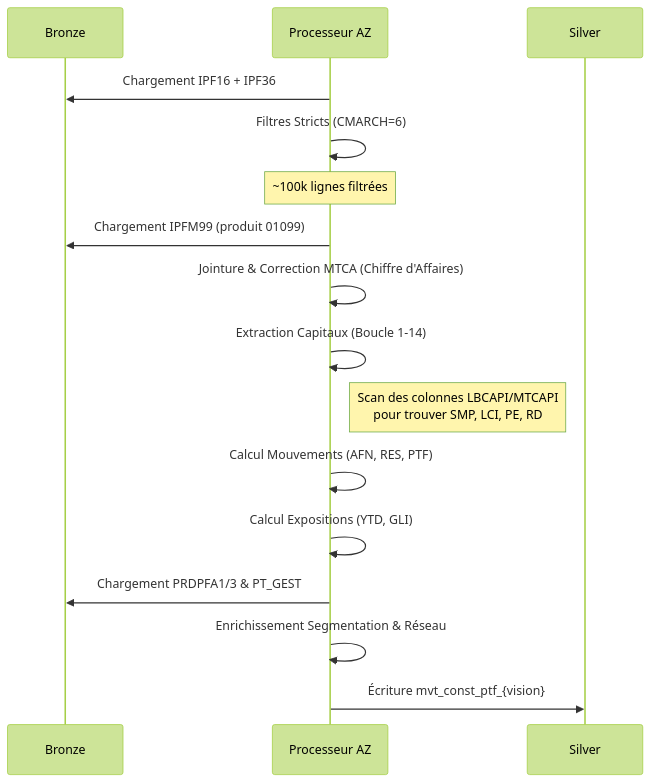
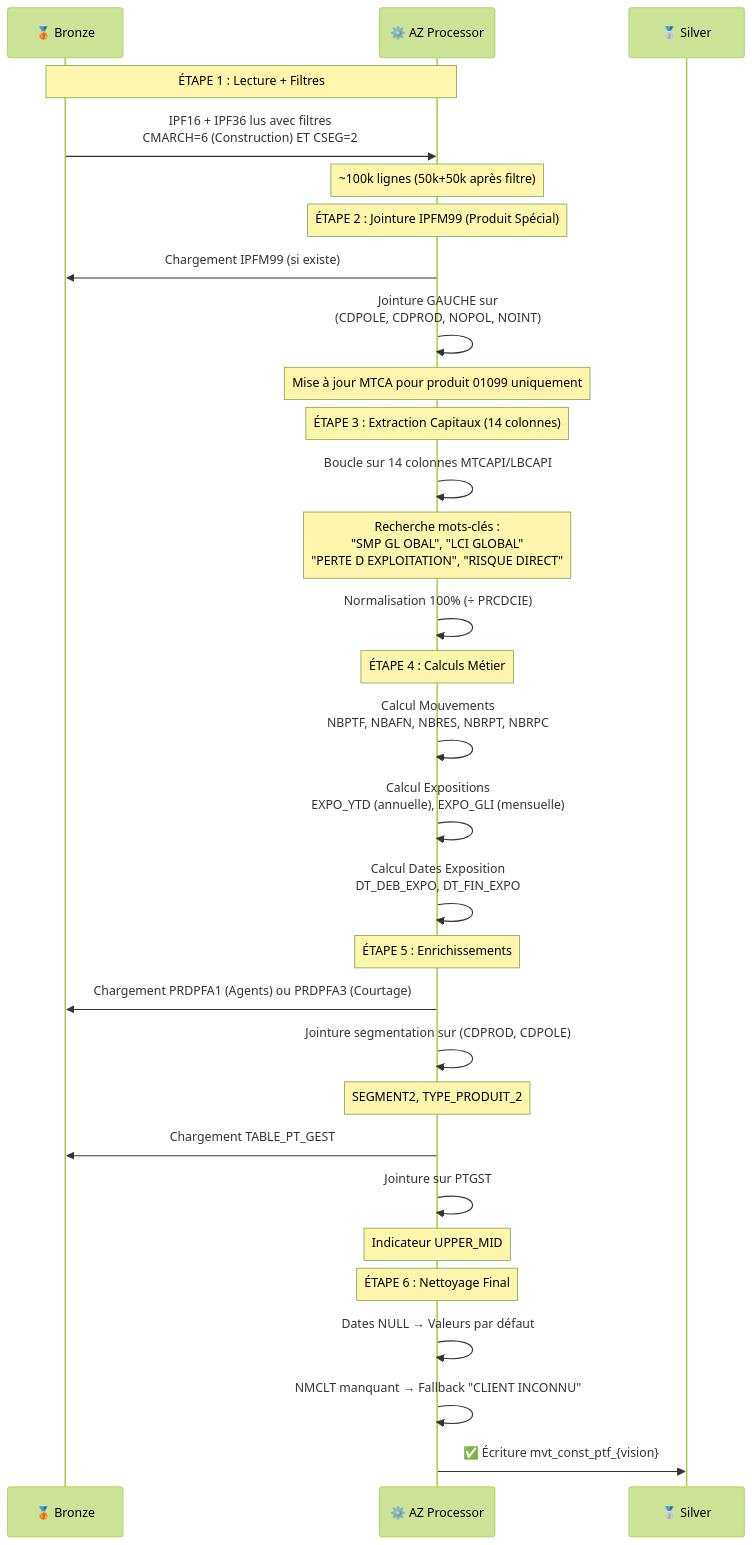
Before and after one commit to EngineerProjects/LocalIngest: the second of 5 diagrams in code/new_python/docs/workflows/ptf_mvt_workflow.md, drawn with Mermaid (forest theme). The commit also changed other lines of this file and 11 other files, not shown here.

````diff
--- a/code/new_python/docs/workflows/ptf_mvt_workflow.md
+++ b/code/new_python/docs/workflows/ptf_mvt_workflow.md
@@ -65,25 +79,46 @@
 ```mermaid
 sequenceDiagram
-    participant B as Bronze
-    participant AZ as Processeur AZ
-    participant S as Silver
+    participant B as 🥉 Bronze
+    participant AZ as ⚙️ AZ Processor
+    participant S as 🥈 Silver
     
-    AZ->>B: Chargement IPF16 + IPF36
-    AZ->>AZ: Filtres Stricts (CMARCH=6)
+    Note over B,AZ: ÉTAPE 1 : Lecture + Filtres
     
-    Note over AZ: ~100k lignes filtrées
+    B->>AZ: IPF16 + IPF36 lus avec filtres<br/>CMARCH=6 (Construction) ET CSEG=2
+    Note over AZ: ~100k lignes (50k+50k après filtre)
     
-    AZ->>B: Chargement IPFM99 (produit 01099)
-    AZ->>AZ: Jointure & Correction MTCA (Chiffre d'Affaires)
+    Note over AZ: ÉTAPE 2 : Jointure IPFM99 (Produit Spécial)
     
-    AZ->>AZ: Extraction Capitaux (Boucle 1-14)
-    Note right of AZ: Scan des colonnes LBCAPI/MTCAPI<br/>pour trouver SMP, LCI, PE, RD
+    AZ->>B: Chargement IPFM99 (si existe)
+    AZ->>AZ: Jointure GAUCHE sur<br/>(CDPOLE, CDPROD, NOPOL, NOINT)
+    Note over AZ: Mise à jour MTCA pour produit 01099 uniquement
     
-    AZ->>AZ: Calcul Mouvements (AFN, RES, PTF)
-    AZ->>AZ: Calcul Expositions (YTD, GLI)
+    Note over AZ: ÉTAPE 3 : Extraction Capitaux (14 colonnes)
     
-    AZ->>B: Chargement PRDPFA1/3 & PT_GEST
-    AZ->>AZ: Enrichissement Segmentation & Réseau
+    AZ->>AZ: Boucle sur 14 colonnes MTCAPI/LBCAPI
+    Note over AZ: Recherche mots-clés :<br/>"SMP GL OBAL", "LCI GLOBAL"<br/>"PERTE D EXPLOITATION", "RISQUE DIRECT"
+    AZ->>AZ: Normalisation 100% (÷ PRCDCIE)
     
-    AZ->>S: Écriture mvt_const_ptf_{vision}
+    Note over AZ: ÉTAPE 4 : Calculs Métier
+    
+    AZ->>AZ: Calcul Mouvements<br/>NBPTF, NBAFN, NBRES, NBRPT, NBRPC
+    AZ->>AZ: Calcul Expositions<br/>EXPO_YTD (annuelle), EXPO_GLI (mensuelle)
+    AZ->>AZ: Calcul Dates Exposition<br/>DT_DEB_EXPO, DT_FIN_EXPO
+    
+    Note over AZ: ÉTAPE 5 : Enrichissements
+    
+    AZ->>B: Chargement PRDPFA1 (Agents) ou PRDPFA3 (Courtage)
+    AZ->>AZ: Jointure segmentation sur (CDPROD, CDPOLE)
+    Note over AZ: SEGMENT2, TYPE_PRODUIT_2
+    
+    AZ->>B: Chargement TABLE_PT_GEST
+    AZ->>AZ: Jointure sur PTGST
+    Note over AZ: Indicateur UPPER_MID
+    
+    Note over AZ: ÉTAPE 6 : Nettoyage Final
+    
+    AZ->>AZ: Dates NULL → Valeurs par défaut
+    AZ->>AZ: NMCLT manquant → Fallback "CLIENT INCONNU"
+    
+    AZ->>S: ✅ Écriture mvt_const_ptf_{vision}
 ```
````
